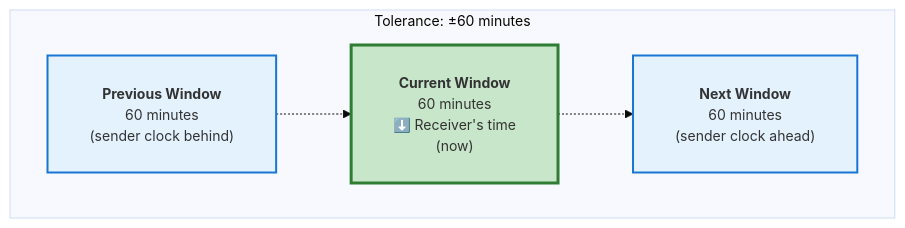
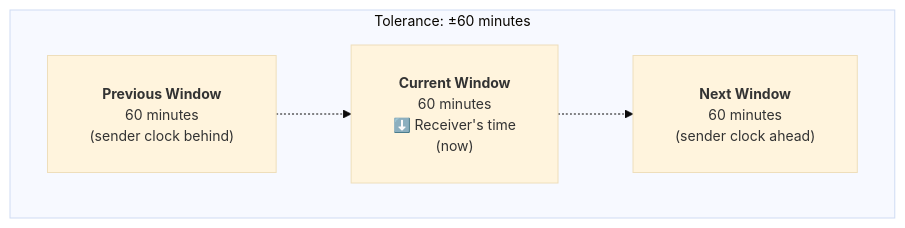
The third of 5 diagrams in libs/network-protocol/src/lib/security/README.md (AndrewRedican/hyperfrontend), drawn with Mermaid before and after one commit. The commit also changed other lines of this file and 2 other files, not shown here.

````diff
--- a/libs/network-protocol/src/lib/security/README.md
+++ b/libs/network-protocol/src/lib/security/README.md
@@ -256,19 +256,13 @@
 ```mermaid
 %%{init: {'theme':'base', 'themeVariables': {'fontSize':'14px'}}}%%
 flowchart LR
     subgraph Tolerance["Tolerance: ±60 minutes"]
         direction LR
         PREV["<div style='text-align: center; padding: 12px;'><b>Previous Window</b><br/>60 minutes<br/>(sender clock behind)</div>"]
         CURR["<div style='text-align: center; padding: 12px;'><b>Current Window</b><br/>60 minutes<br/>⬇️ Receiver's time<br/>(now)</div>"]
         NEXT["<div style='text-align: center; padding: 12px;'><b>Next Window</b><br/>60 minutes<br/>(sender clock ahead)</div>"]
 
         PREV -.-> CURR
         CURR -.-> NEXT
     end
-
-    classDef currentStyle fill:#c8e6c9,stroke:#2e7d32,stroke-width:3px
-    classDef otherStyle fill:#e3f2fd,stroke:#1976d2,stroke-width:2px
-
-    class CURR currentStyle
-    class PREV,NEXT otherStyle
 ```
````
